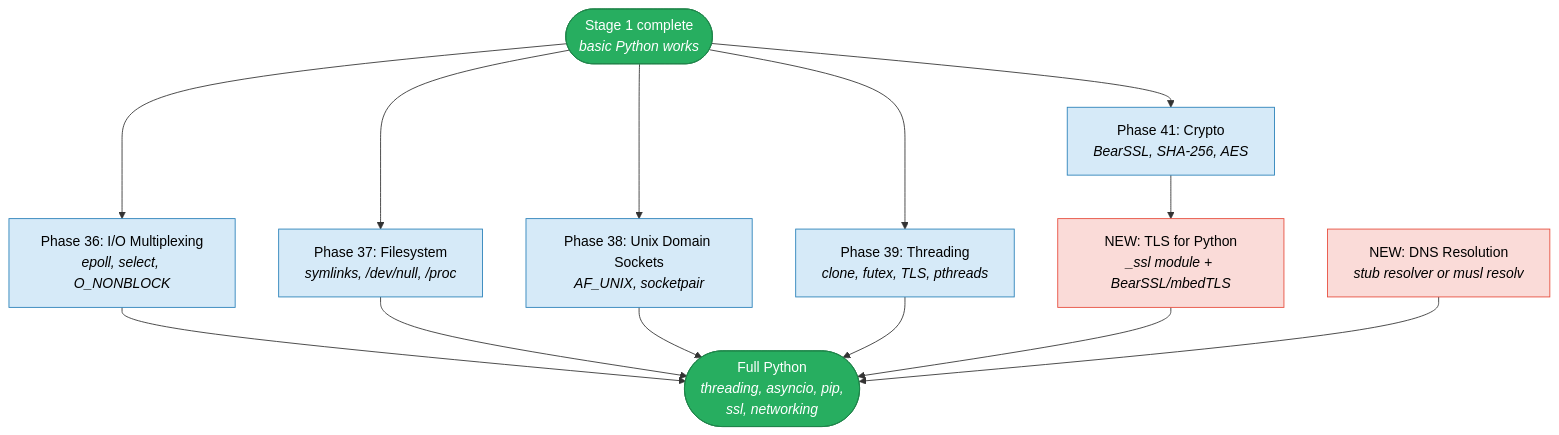
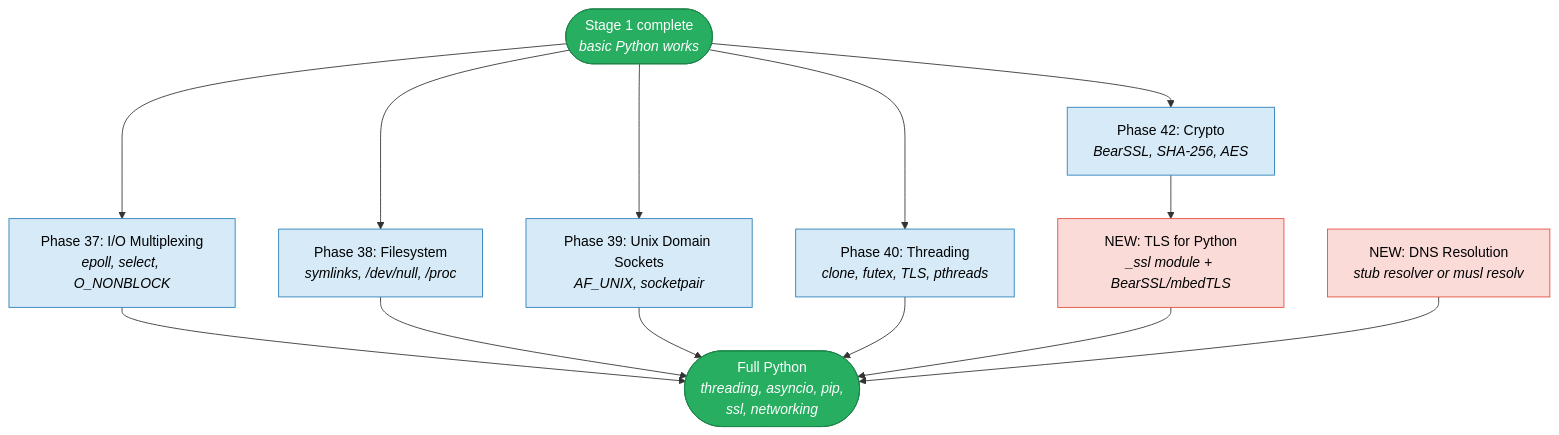
The fourth of 5 diagrams in docs/python-roadmap.md (mikecubed/m3OS), drawn with Mermaid before and after one commit. The commit also changed other lines of this file and 34 other files, not shown here.

````diff
--- a/docs/python-roadmap.md
+++ b/docs/python-roadmap.md
@@ -406,38 +406,38 @@
 ```mermaid
 flowchart TD
     S1(["Stage 1 complete<br/><i>basic Python works</i>"])
 
-    P36["Phase 36: I/O Multiplexing<br/><i>epoll, select, O_NONBLOCK</i>"]
-    P37["Phase 37: Filesystem<br/><i>symlinks, /dev/null, /proc</i>"]
-    P38["Phase 38: Unix Domain Sockets<br/><i>AF_UNIX, socketpair</i>"]
-    P39["Phase 39: Threading<br/><i>clone, futex, TLS, pthreads</i>"]
-    P41["Phase 41: Crypto<br/><i>BearSSL, SHA-256, AES</i>"]
+    P37["Phase 37: I/O Multiplexing<br/><i>epoll, select, O_NONBLOCK</i>"]
+    P38["Phase 38: Filesystem<br/><i>symlinks, /dev/null, /proc</i>"]
+    P39["Phase 39: Unix Domain Sockets<br/><i>AF_UNIX, socketpair</i>"]
+    P40["Phase 40: Threading<br/><i>clone, futex, TLS, pthreads</i>"]
+    P42["Phase 42: Crypto<br/><i>BearSSL, SHA-256, AES</i>"]
 
     TLS["NEW: TLS for Python<br/><i>_ssl module + BearSSL/mbedTLS</i>"]
     DNS["NEW: DNS Resolution<br/><i>stub resolver or musl resolv</i>"]
     DONE(["Full Python<br/><i>threading, asyncio, pip,<br/>ssl, networking</i>"])
 
-    S1 --> P36
     S1 --> P37
     S1 --> P38
     S1 --> P39
-    S1 --> P41
+    S1 --> P40
+    S1 --> P42
 
-    P41 --> TLS
-    P36 --> DONE
+    P42 --> TLS
     P37 --> DONE
     P38 --> DONE
     P39 --> DONE
+    P40 --> DONE
     TLS --> DONE
     DNS --> DONE
 
     style S1 fill:#27ae60,stroke:#1e8449,color:#fff
-    style P36 fill:#d6eaf8,stroke:#2980b9,color:#000
     style P37 fill:#d6eaf8,stroke:#2980b9,color:#000
     style P38 fill:#d6eaf8,stroke:#2980b9,color:#000
     style P39 fill:#d6eaf8,stroke:#2980b9,color:#000
-    style P41 fill:#d6eaf8,stroke:#2980b9,color:#000
+    style P40 fill:#d6eaf8,stroke:#2980b9,color:#000
+    style P42 fill:#d6eaf8,stroke:#2980b9,color:#000
     style TLS fill:#fadbd8,stroke:#e74c3c,color:#000
     style DNS fill:#fadbd8,stroke:#e74c3c,color:#000
     style DONE fill:#27ae60,stroke:#1e8449,color:#fff
 ```
````
